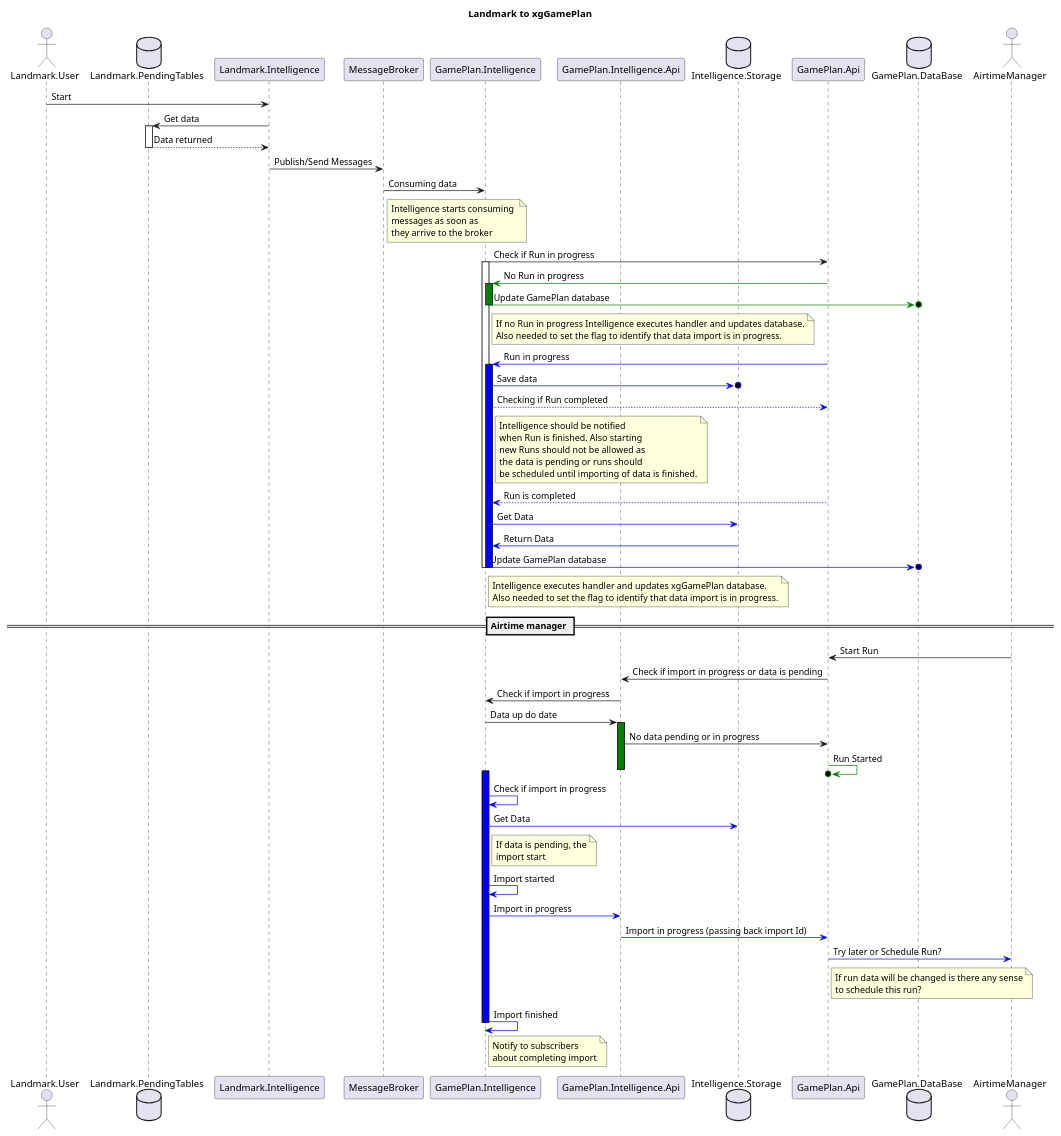
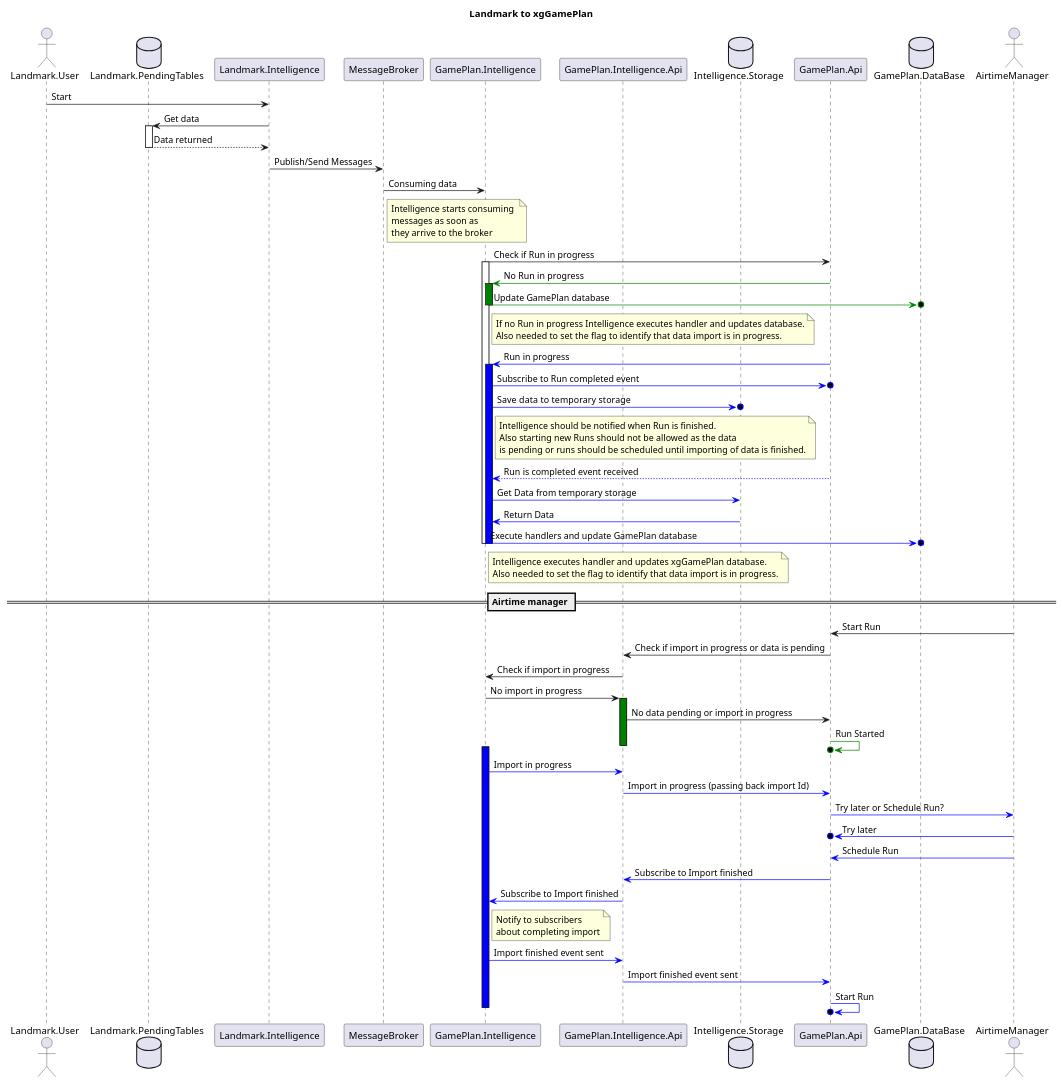
The diagram in LandmarkIntegration/UsingLocalStorage.wsd (tatokhorava/diagrams), drawn with PlantUML before and after one commit. The commit also changed 3 other files, not shown here.

```diff
--- a/LandmarkIntegration/UsingLocalStorage.wsd
+++ b/LandmarkIntegration/UsingLocalStorage.wsd
@@ -1,92 +1,97 @@
 @startuml
 title Landmark to xgGamePlan
 actor Landmark.User
 database Landmark.PendingTables
 participant Landmark.Intelligence
 participant MessageBroker
 participant GamePlan.Intelligence
 participant GamePlan.Intelligence.Api
 database Intelligence.Storage
 participant GamePlan.Api
 database GamePlan.DataBase
 actor AirtimeManager
 
 Landmark.User -> Landmark.Intelligence: Start
 Landmark.Intelligence -> Landmark.PendingTables: Get data
 activate Landmark.PendingTables
 Landmark.PendingTables --> Landmark.Intelligence: Data returned
 deactivate Landmark.PendingTables
 Landmark.Intelligence -> MessageBroker: Publish/Send Messages
 GamePlan.Intelligence <- MessageBroker: Consuming data
 note right of MessageBroker
 Intelligence starts consuming 
 messages as soon as
 they arrive to the broker
 end note
 GamePlan.Intelligence -> GamePlan.Api: Check if Run in progress
 activate GamePlan.Intelligence
 GamePlan.Intelligence <[#Green]- GamePlan.Api: No Run in progress
 activate GamePlan.Intelligence #Green
 GamePlan.Intelligence -[#Green]>o GamePlan.DataBase: Update GamePlan database
 deactivate GamePlan.Intelligence
-note right of GamePlan.Intelligence
+note right of "GamePlan.Intelligence"
 If no Run in progress Intelligence executes handler and updates database.
 Also needed to set the flag to identify that data import is in progress.
 end note
 GamePlan.Intelligence <[#Blue]- GamePlan.Api: Run in progress
 activate GamePlan.Intelligence #Blue
-GamePlan.Intelligence -[#Blue]>o Intelligence.Storage: Save data
-GamePlan.Intelligence --[#Blue]> GamePlan.Api: Checking if Run completed
+GamePlan.Intelligence -[#Blue]>o GamePlan.Api: Subscribe to Run completed event
+GamePlan.Intelligence -[#Blue]>o Intelligence.Storage: Save data  to temporary storage
+
 note right of "GamePlan.Intelligence"
-Intelligence should be notified
-when Run is finished. Also starting
-new Runs should not be allowed as 
-the data is pending or runs should
-be scheduled until importing of data is finished.
+Intelligence should be notified when Run is finished.
+Also starting new Runs should not be allowed as the data
+is pending or runs should be scheduled until importing of data is finished.
 end note
-GamePlan.Api --[#Blue]> GamePlan.Intelligence: Run is completed
-GamePlan.Intelligence -[#Blue]> Intelligence.Storage: Get Data
+GamePlan.Api --[#Blue]> GamePlan.Intelligence: Run is completed event received
+GamePlan.Intelligence -[#Blue]> Intelligence.Storage: Get Data from temporary storage
 GamePlan.Intelligence <-[#Blue] Intelligence.Storage: Return Data
-GamePlan.Intelligence -[#Blue]>o GamePlan.DataBase: Update GamePlan database
+GamePlan.Intelligence -[#Blue]>o GamePlan.DataBase: Execute handlers and update GamePlan database
 note right of "GamePlan.Intelligence"
 Intelligence executes handler and updates xgGamePlan database.
 Also needed to set the flag to identify that data import is in progress.
 end note
 deactivate GamePlan.Intelligence
 deactivate GamePlan.Intelligence
 
 == Airtime manager ==
 
 AirtimeManager -> GamePlan.Api: Start Run
 GamePlan.Api -> GamePlan.Intelligence.Api: Check if import in progress or data is pending
 GamePlan.Intelligence.Api -> GamePlan.Intelligence: Check if import in progress
-GamePlan.Intelligence -> GamePlan.Intelligence.Api: Data up do date
+GamePlan.Intelligence -> GamePlan.Intelligence.Api: No import in progress
 activate GamePlan.Intelligence.Api #Green
-GamePlan.Intelligence.Api -> GamePlan.Api: No data pending or in progress
+GamePlan.Intelligence.Api -> GamePlan.Api: No data pending or import in progress
 GamePlan.Api -[#Green]>o GamePlan.Api: Run Started
 deactivate GamePlan.Intelligence.Api #Green
 
 
 activate GamePlan.Intelligence #Blue
-GamePlan.Intelligence -[#Blue]> GamePlan.Intelligence: Check if import in progress
-GamePlan.Intelligence -[#Blue]> Intelligence.Storage: Get Data
-note right of "GamePlan.Intelligence"
-If data is pending, the
-import start
-end note
-GamePlan.Intelligence -[#Blue]> GamePlan.Intelligence: Import started
+' GamePlan.Intelligence -[#Blue]> GamePlan.Intelligence: Check if import in progress
+' GamePlan.Intelligence -[#Blue]> Intelligence.Storage: Get Data
+' note right of "GamePlan.Intelligence"
+' If data is pending, the
+' import start
+' end note
+' GamePlan.Intelligence -[#Blue]> GamePlan.Intelligence: Import started
 GamePlan.Intelligence -[#Blue]> GamePlan.Intelligence.Api: Import in progress
 GamePlan.Intelligence.Api -[#Blue]> GamePlan.Api: Import in progress (passing back import Id)
 GamePlan.Api -[#Blue]> AirtimeManager: Try later or Schedule Run?
-note right of "GamePlan.Api"
-If run data will be changed is there any sense
-to schedule this run?
-end note
-GamePlan.Intelligence -[#Blue]> GamePlan.Intelligence: Import finished
+AirtimeManager -[#Blue]>o GamePlan.Api: Try later
+AirtimeManager -[#Blue]> GamePlan.Api: Schedule Run
+GamePlan.Api -[#Blue]> GamePlan.Intelligence.Api: Subscribe to Import finished
+GamePlan.Intelligence.Api -[#Blue]> GamePlan.Intelligence: Subscribe to Import finished
+
 note right of "GamePlan.Intelligence"
 Notify to subscribers
 about completing import
 end note
+
+GamePlan.Intelligence -[#Blue]> GamePlan.Intelligence.Api: Import finished event sent
+
+GamePlan.Intelligence.Api -[#Blue]> GamePlan.Api: Import finished event sent
+GamePlan.Api -[#Blue]>o GamePlan.Api: Start Run
+
 deactivate GamePlan.Intelligence #Blue
 
 @enduml
```
